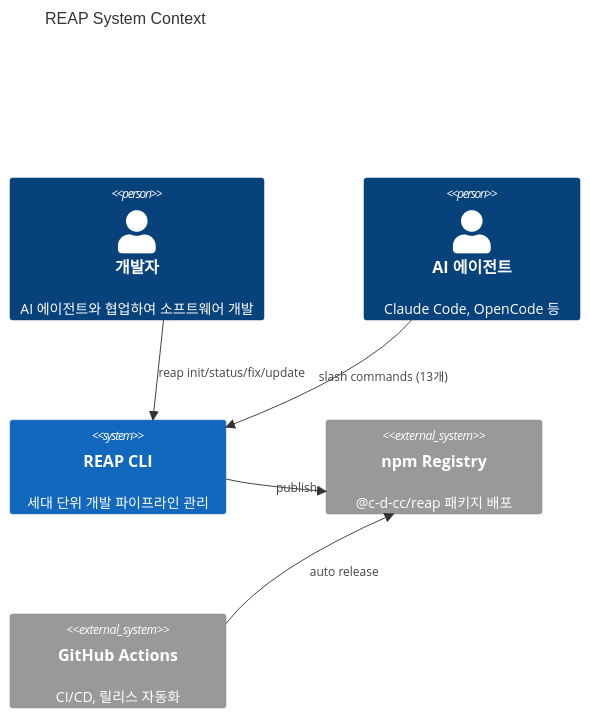
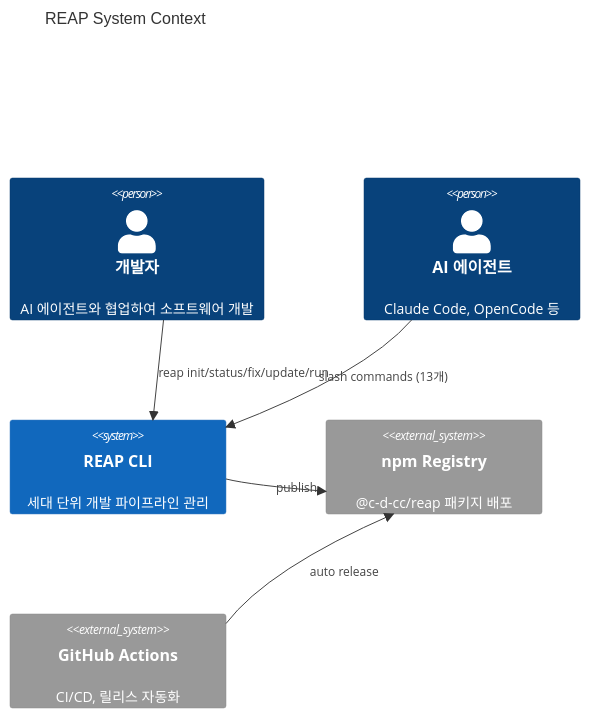
One commit to c-d-cc/reap changed the first of 3 diagrams in .reap/genome/source-map.md. Above: the diagram before and after it, drawn with Mermaid. The commit also changed other lines of this file and 28 other files, not shown here.

Commit message:
feat(gen-087-adc61f): Script Orchestrator Architecture — reap run CLI primitives

````diff
--- a/.reap/genome/source-map.md
+++ b/.reap/genome/source-map.md
@@ -10,16 +10,16 @@
 ```mermaid
 C4Context
   title REAP System Context
 
   Person(user, "개발자", "AI 에이전트와 협업하여 소프트웨어 개발")
   Person(agent, "AI 에이전트", "Claude Code, OpenCode 등")
 
   System(reap, "REAP CLI", "세대 단위 개발 파이프라인 관리")
   System_Ext(npm, "npm Registry", "@c-d-cc/reap 패키지 배포")
   System_Ext(github, "GitHub Actions", "CI/CD, 릴리스 자동화")
 
-  Rel(user, reap, "reap init/status/fix/update")
+  Rel(user, reap, "reap init/status/fix/update/run")
   Rel(agent, reap, "slash commands (13개)")
   Rel(reap, npm, "publish")
   Rel(github, npm, "auto release")
 ```
````
